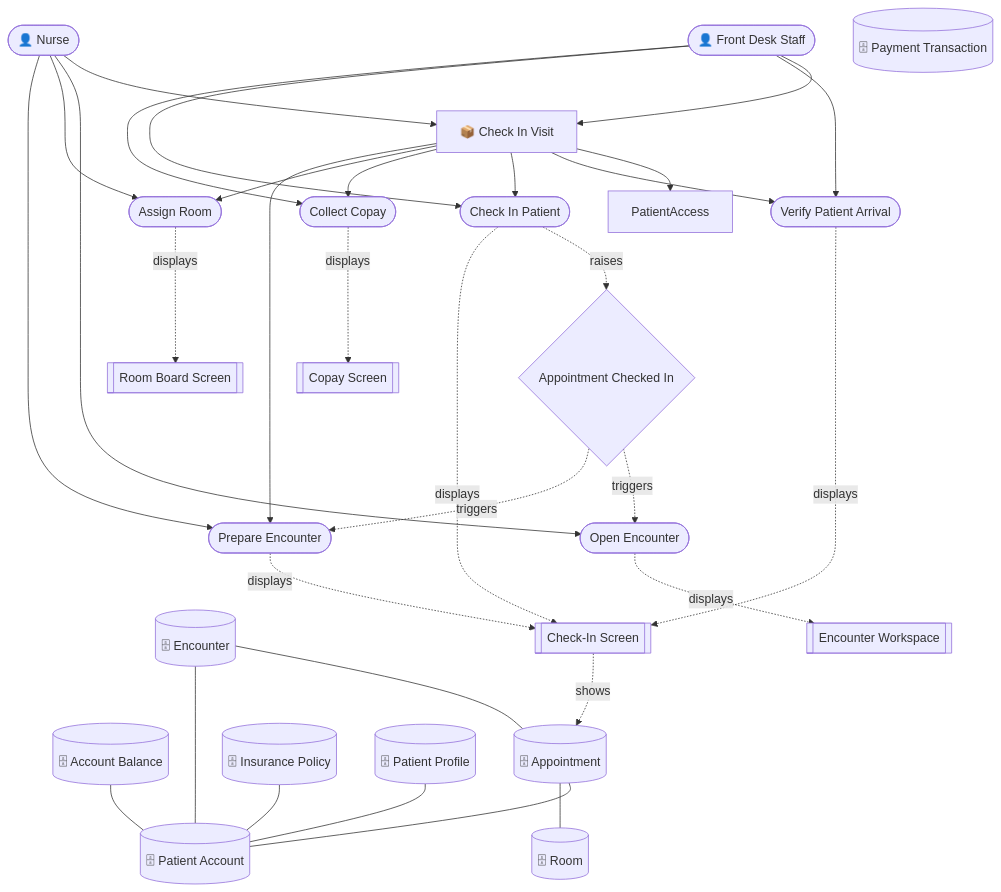
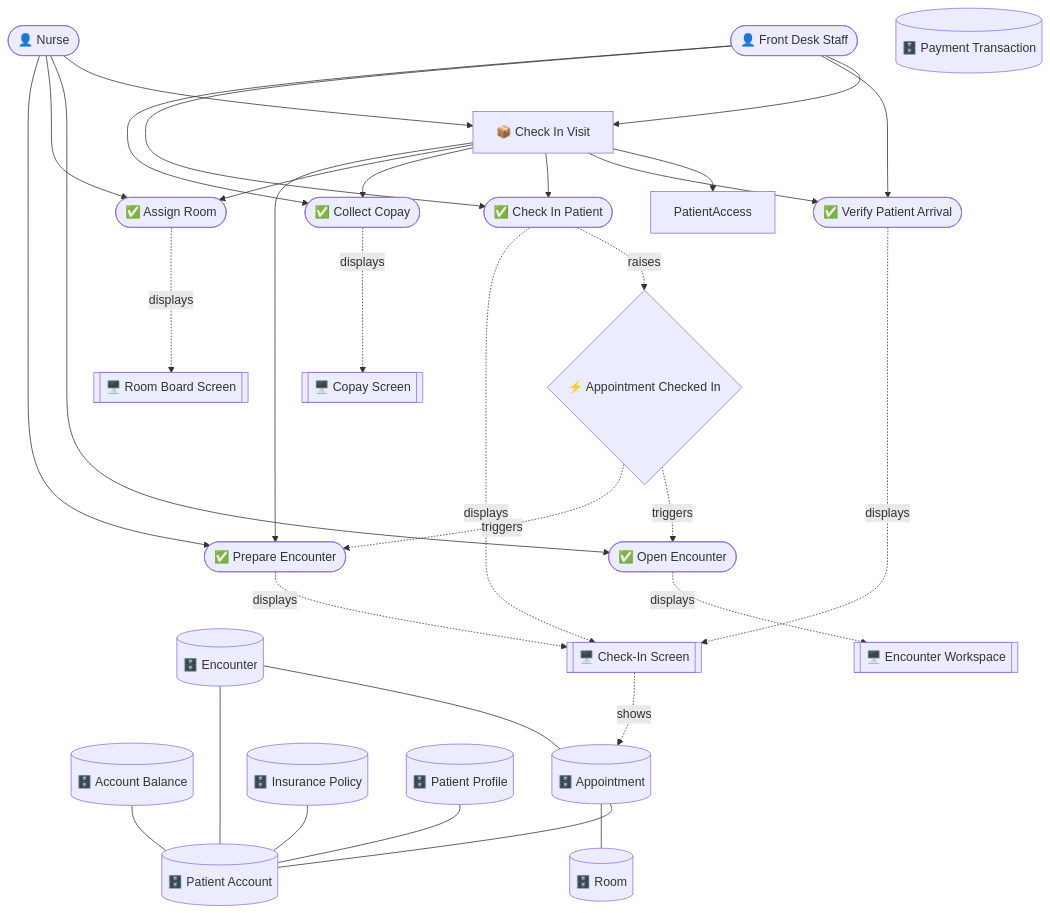
Before and after one commit to manji-0/rdra-ish-dsl: the diagram in samples/clinic-ops/out/buc/rdra_visit_check_in.mmd, drawn with Mermaid. The commit also changed 114 other files, not shown here.

Commit message:
feat: update rdra diagram layering

```diff
--- a/samples/clinic-ops/out/buc/rdra_visit_check_in.mmd
+++ b/samples/clinic-ops/out/buc/rdra_visit_check_in.mmd
@@ -1,54 +1,54 @@
 graph TD
   FrontDesk(["👤 Front Desk Staff"])
   Nurse(["👤 Nurse"])
-  AssignRoom(["Assign Room"])
-  CheckInPatient(["Check In Patient"])
-  CollectCopay(["Collect Copay"])
-  OpenEncounter(["Open Encounter"])
-  PrepareEncounter(["Prepare Encounter"])
-  VerifyArrival(["Verify Patient Arrival"])
+  AssignRoom(["✅ Assign Room"])
+  CheckInPatient(["✅ Check In Patient"])
+  CollectCopay(["✅ Collect Copay"])
+  OpenEncounter(["✅ Open Encounter"])
+  PrepareEncounter(["✅ Prepare Encounter"])
+  VerifyArrival(["✅ Verify Patient Arrival"])
   BucVisitCheckIn["📦 Check In Visit"]
-  AccountBalance[("🗄 Account Balance")]
-  Appointment[("🗄 Appointment")]
-  Encounter[("🗄 Encounter")]
-  InsurancePolicy[("🗄 Insurance Policy")]
-  PatientAccount[("🗄 Patient Account")]
-  PatientProfile[("🗄 Patient Profile")]
-  PaymentTransaction[("🗄 Payment Transaction")]
-  Room[("🗄 Room")]
-  CheckInScreen[["Check-In Screen"]]
-  CopayScreen[["Copay Screen"]]
-  EncounterWorkspaceScreen[["Encounter Workspace"]]
-  RoomBoardScreen[["Room Board Screen"]]
-  EvAppointmentCheckedIn{"Appointment Checked In"}
+  AccountBalance[("🗄️ Account Balance")]
+  Appointment[("🗄️ Appointment")]
+  Encounter[("🗄️ Encounter")]
+  InsurancePolicy[("🗄️ Insurance Policy")]
+  PatientAccount[("🗄️ Patient Account")]
+  PatientProfile[("🗄️ Patient Profile")]
+  PaymentTransaction[("🗄️ Payment Transaction")]
+  Room[("🗄️ Room")]
+  CheckInScreen[["🖥️ Check-In Screen"]]
+  CopayScreen[["🖥️ Copay Screen"]]
+  EncounterWorkspaceScreen[["🖥️ Encounter Workspace"]]
+  RoomBoardScreen[["🖥️ Room Board Screen"]]
+  EvAppointmentCheckedIn{"⚡ Appointment Checked In"}
   FrontDesk --> BucVisitCheckIn
   FrontDesk --> VerifyArrival
   FrontDesk --> CheckInPatient
   FrontDesk --> CollectCopay
   Nurse --> BucVisitCheckIn
   Nurse --> OpenEncounter
   Nurse --> AssignRoom
   Nurse --> PrepareEncounter
   BucVisitCheckIn --> PatientAccess
   BucVisitCheckIn --> VerifyArrival
   BucVisitCheckIn --> CheckInPatient
   BucVisitCheckIn --> CollectCopay
   BucVisitCheckIn --> AssignRoom
   BucVisitCheckIn --> PrepareEncounter
   Appointment --- PatientAccount
   Appointment --- Room
   Encounter --- Appointment
   Encounter --- PatientAccount
   AccountBalance --- PatientAccount
   PatientProfile --- PatientAccount
   InsurancePolicy --- PatientAccount
   EvAppointmentCheckedIn -.->|triggers| OpenEncounter
   EvAppointmentCheckedIn -.->|triggers| PrepareEncounter
   CheckInScreen -.->|shows| Appointment
   OpenEncounter -.->|displays| EncounterWorkspaceScreen
   VerifyArrival -.->|displays| CheckInScreen
   CheckInPatient -.->|raises| EvAppointmentCheckedIn
   CheckInPatient -.->|displays| CheckInScreen
   CollectCopay -.->|displays| CopayScreen
   AssignRoom -.->|displays| RoomBoardScreen
   PrepareEncounter -.->|displays| CheckInScreen
```
